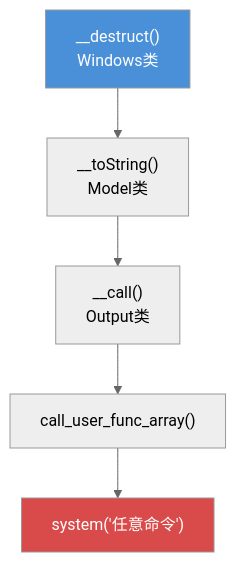
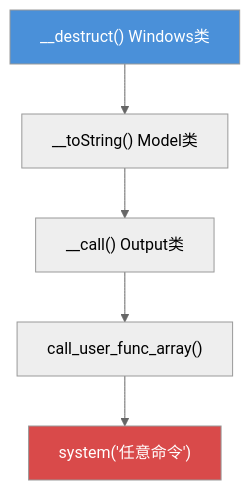
One commit to congliang/congliang.github.io changed the second of 2 diagrams in source/_posts/Deserialization-php-basics.md. Above: the diagram before and after it, drawn with Mermaid (neutral theme). The commit also changed other lines of this file and 139 other files, not shown here.

````diff
--- a/source/_posts/Deserialization-php-basics.md
+++ b/source/_posts/Deserialization-php-basics.md
@@ -213,10 +214,10 @@
 ```mermaid
 flowchart TD
-    A["__destruct()<br/>Windows类"] --> B["__toString()<br/>Model类"]
-    B --> C["__call()<br/>Output类"]
+    A["__destruct() Windows类"] --> B["__toString() Model类"]
+    B --> C["__call() Output类"]
     C --> D["call_user_func_array()"]
     D --> E["system('任意命令')"]
 
     style A fill:#4a90d9,color:#fff
     style E fill:#d94a4a,color:#fff
 ```
````
